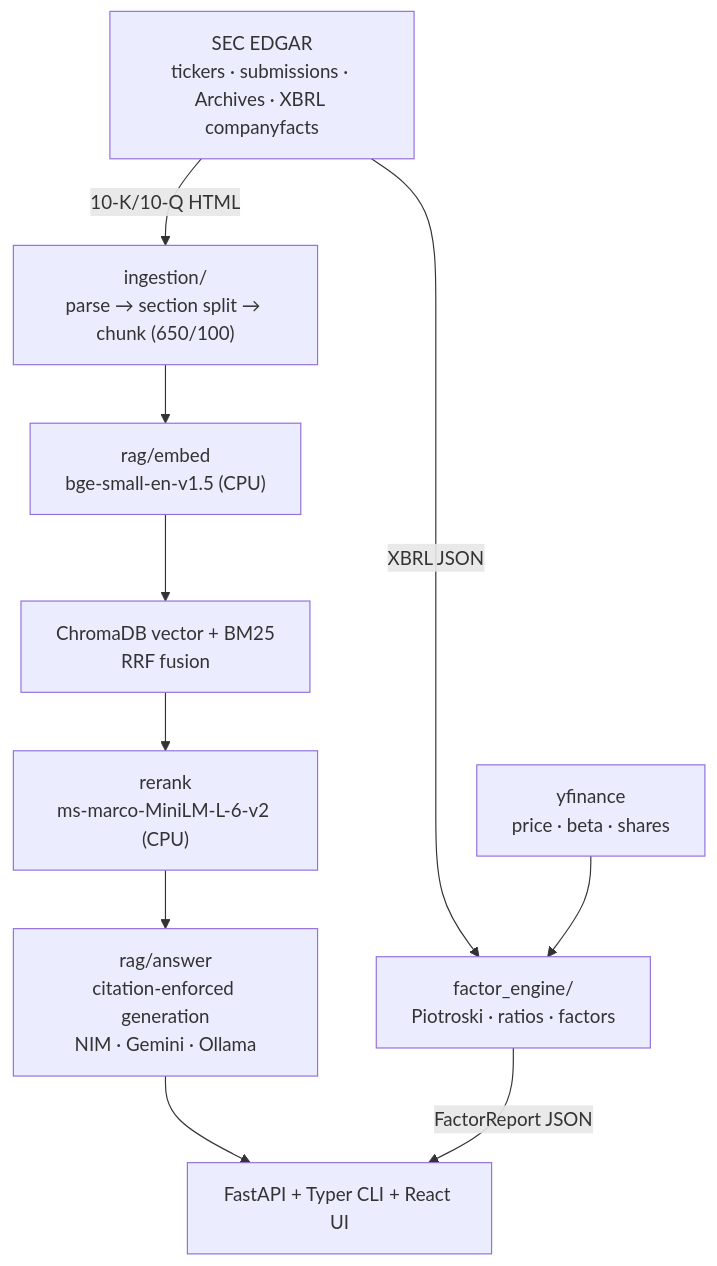
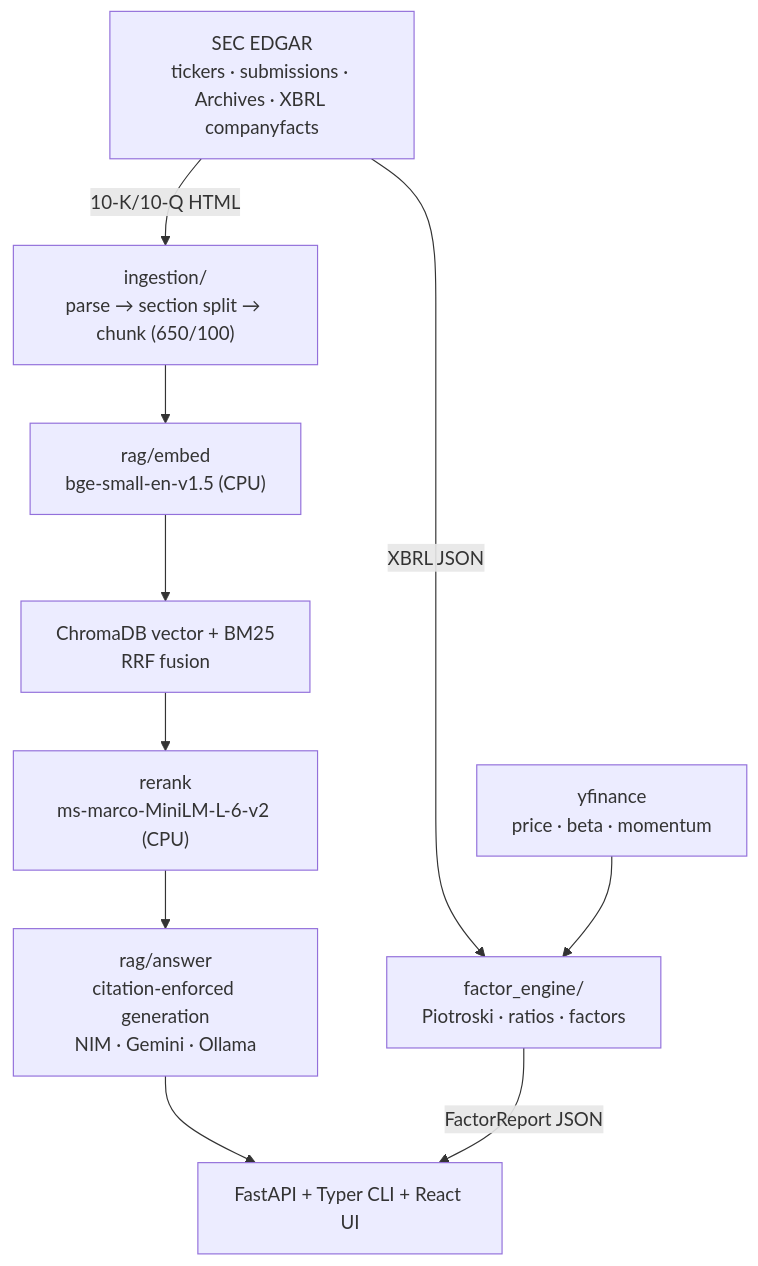
Before and after one commit to rajyyug1132/stockrag: the diagram in README.md, drawn with Mermaid. The commit also changed other lines of this file and 7 other files, not shown here.

````diff
--- a/README.md
+++ b/README.md
@@ -101,18 +104,18 @@
 ```mermaid
 flowchart TD
     EDGAR["SEC EDGAR<br/>tickers · submissions · Archives · XBRL companyfacts"]
-    YF["yfinance<br/>price · beta · shares"]
+    YF["yfinance<br/>price · beta · momentum"]
     ING["ingestion/<br/>parse → section split → chunk (650/100)"]
     FE["factor_engine/<br/>Piotroski · ratios · factors"]
     EMB["rag/embed<br/>bge-small-en-v1.5 (CPU)"]
     HYB["ChromaDB vector + BM25<br/>RRF fusion"]
     RR["rerank<br/>ms-marco-MiniLM-L-6-v2 (CPU)"]
     ANS["rag/answer<br/>citation-enforced generation<br/>NIM · Gemini · Ollama"]
     OUT["FastAPI + Typer CLI + React UI"]
 
     EDGAR -->|10-K/10-Q HTML| ING
     EDGAR -->|XBRL JSON| FE
     YF --> FE
     ING --> EMB --> HYB --> RR --> ANS --> OUT
     FE -->|FactorReport JSON| OUT
 ```
````
